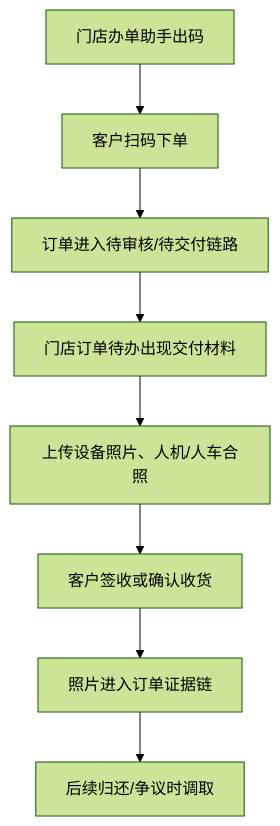
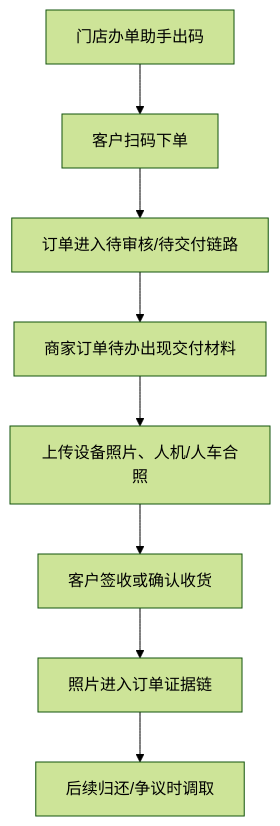
The diagram in PRD/V0.2/modules/运营端/订单管理/02_交付签收照片证据.md (joezjyan-bot/mandian-prd), drawn with Mermaid (forest theme) before and after one commit. The commit also changed other lines of this file and 14 other files, not shown here.

````diff
--- a/PRD/V0.2/modules/运营端/订单管理/02_交付签收照片证据.md
+++ b/PRD/V0.2/modules/运营端/订单管理/02_交付签收照片证据.md
@@ -35,10 +39,10 @@
 ```mermaid
 flowchart TD
     A["门店办单助手出码"] --> B["客户扫码下单"]
     B --> C["订单进入待审核/待交付链路"]
-    C --> D["门店订单待办出现交付材料"]
+    C --> D["商家订单待办出现交付材料"]
     D --> E["上传设备照片、人机/人车合照"]
     E --> F["客户签收或确认收货"]
     F --> G["照片进入订单证据链"]
     G --> H["后续归还/争议时调取"]
 ```
````
